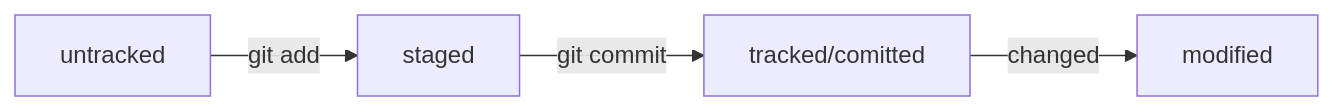
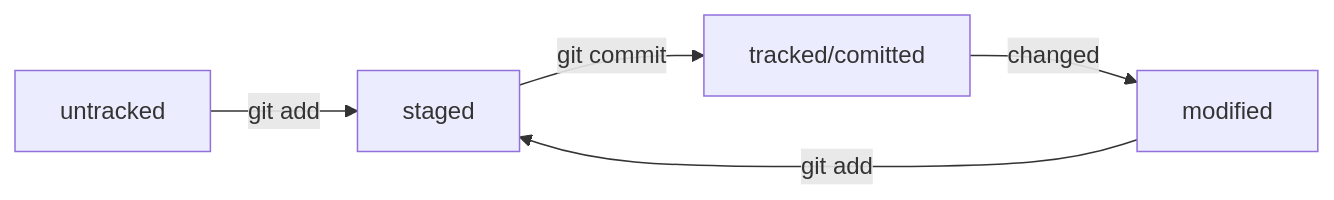
One commit to AlexSlobodskoj/Git_Help changed the diagram in readme.md. Above: the diagram before and after it, drawn with Mermaid.

````diff
--- a/readme.md
+++ b/readme.md
@@ -35,8 +35,7 @@
 ```mermaid
 graph LR;
   untracked -- "git add" --> staged;
   staged    -- "git commit"     --> tracked/comitted;
-
-
   tracked/comitted -- "changed" --> modified;
+  modified -- "git add" --> staged;
 ``` 
````
